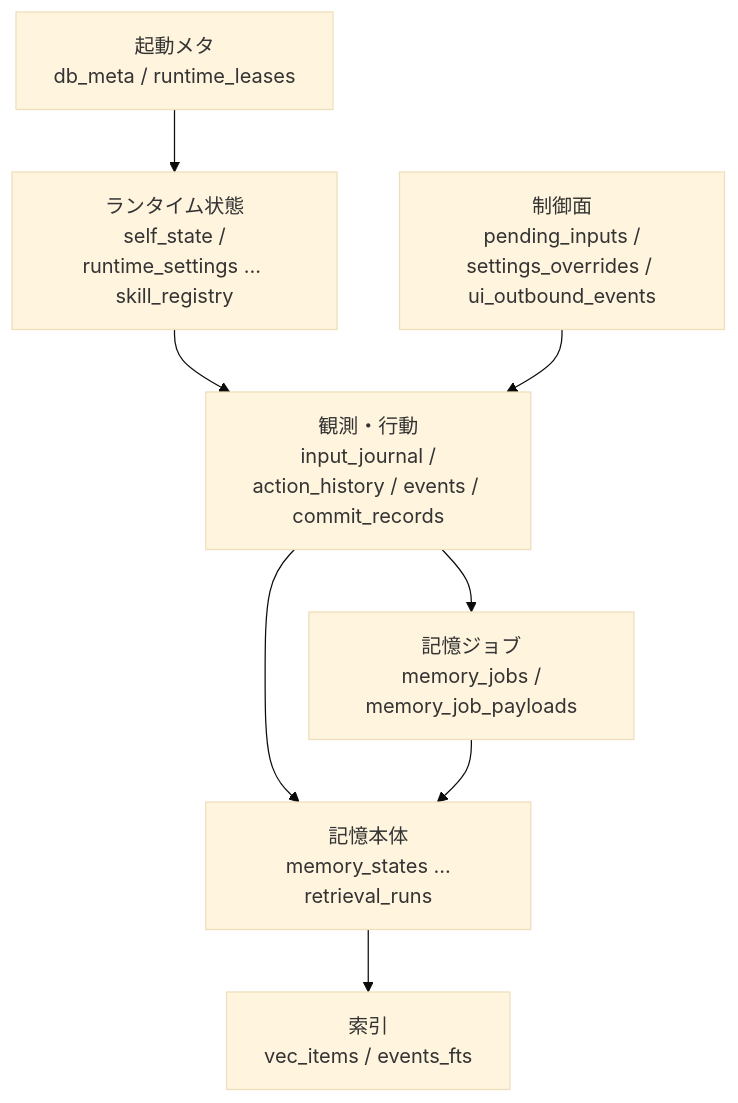
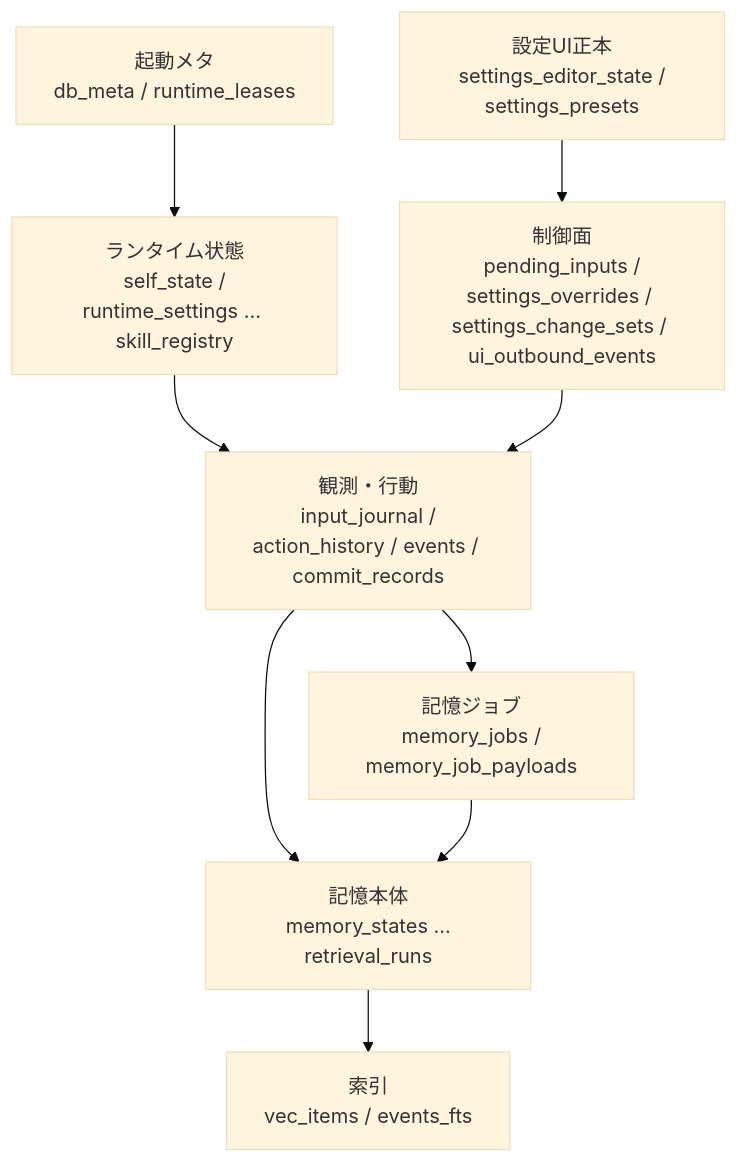
The diagram in docs/34_SQLite論理スキーマ.md (hirona98/OtomeKairo), drawn with Mermaid (base theme) before and after one commit. The commit also changed other lines of this file and 4 other files, not shown here.

````diff
--- a/docs/34_SQLite論理スキーマ.md
+++ b/docs/34_SQLite論理スキーマ.md
@@ -50,18 +51,20 @@
 ```mermaid
 flowchart TD
     meta["起動メタ\n db_meta / runtime_leases"]
     runtime["ランタイム状態\n self_state / runtime_settings ... skill_registry"]
-    control["制御面\n pending_inputs / settings_overrides / ui_outbound_events"]
+    editor["設定UI正本\n settings_editor_state / settings_presets"]
+    control["制御面\n pending_inputs / settings_overrides / settings_change_sets / ui_outbound_events"]
     eventlog["観測・行動\n input_journal / action_history / events / commit_records"]
     memory["記憶本体\n memory_states ... retrieval_runs"]
     jobs["記憶ジョブ\n memory_jobs / memory_job_payloads"]
     index["索引\n vec_items / events_fts"]
 
     meta --> runtime
+    editor --> control
     runtime --> eventlog
     control --> eventlog
     eventlog --> memory
     eventlog --> jobs
     jobs --> memory
     memory --> index
 ```
````
